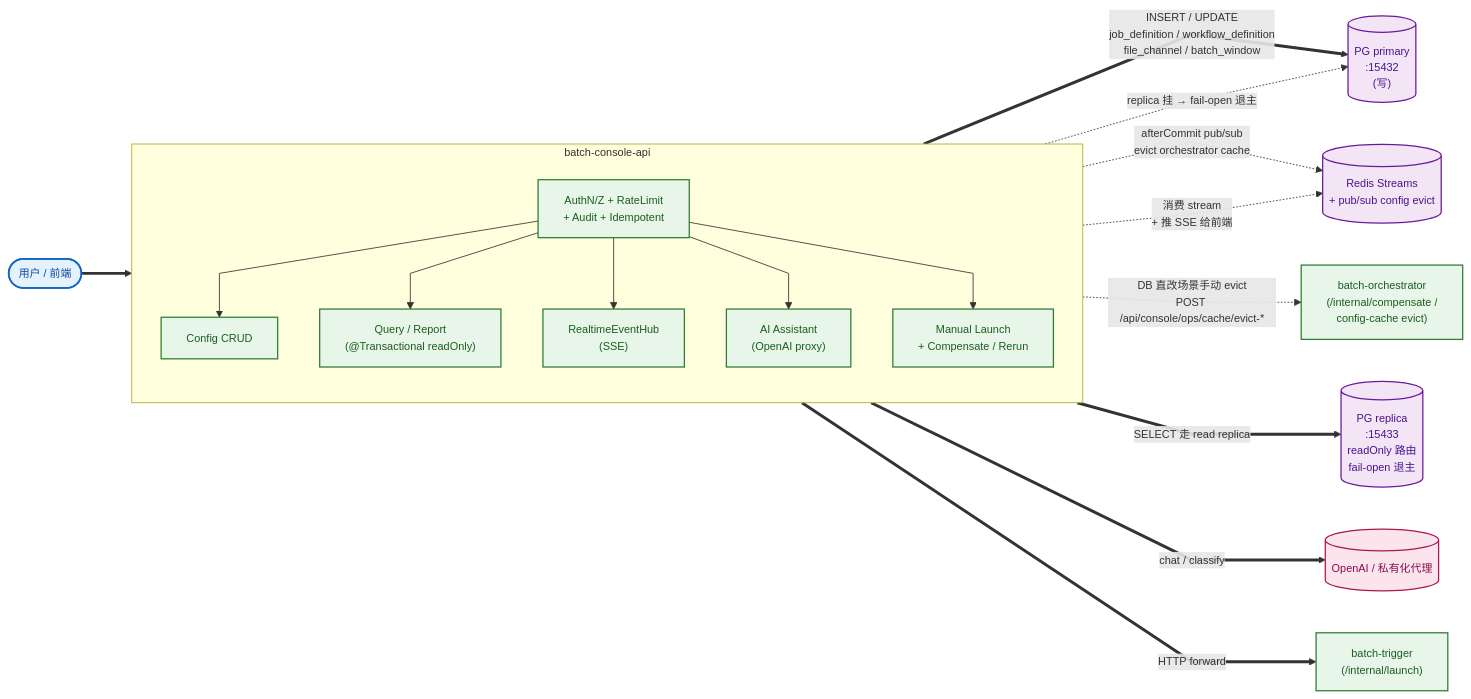
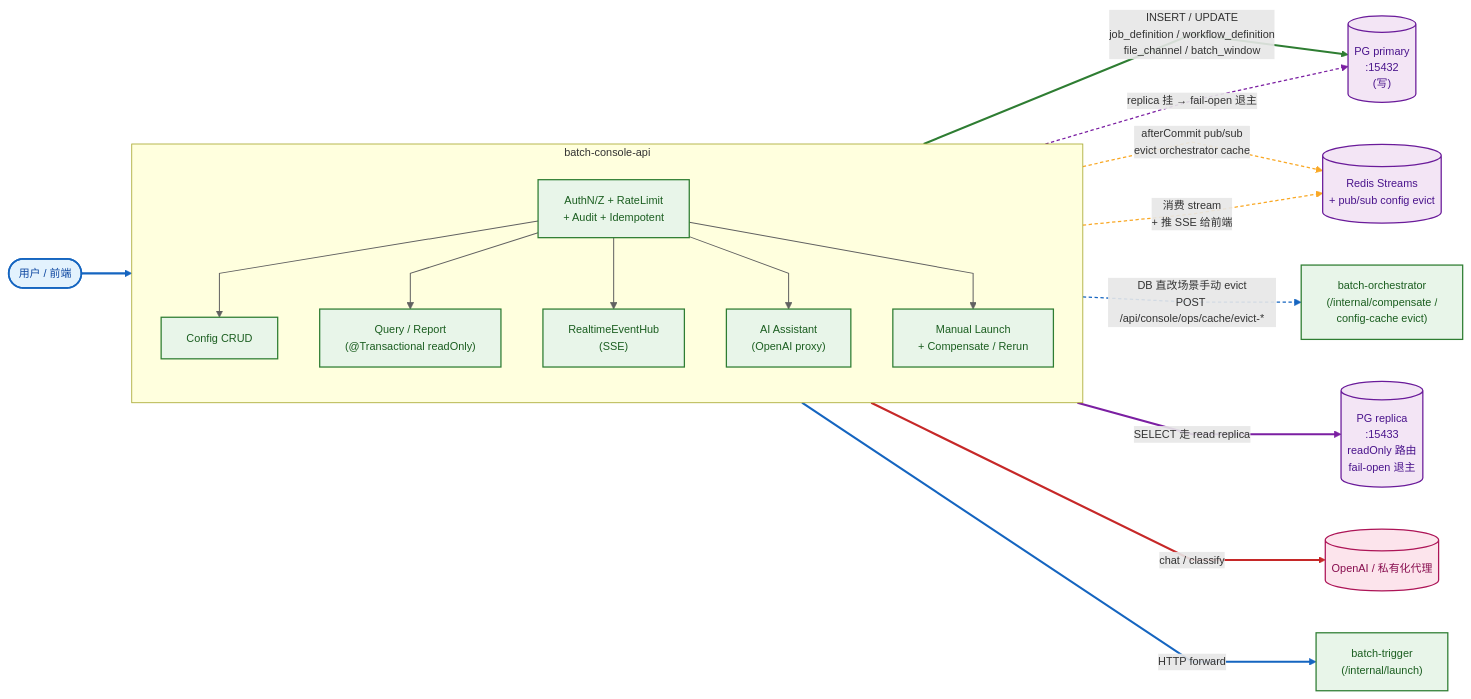
One commit to pinpols/file-batch-system changed the second of 13 diagrams in docs/architecture/system-flow-overview.md. Above: the diagram before and after it, drawn with Mermaid.

Commit message:
docs(arch): §1.5 BFF 子图同样按协议色编码（与主图色板一致）
之前 §1.5 console-api 子图只用 classDef 给节点上色，边没有 linkStyle，
颜色编码不完整。补 14 条边的 linkStyle 跟主图同套色板：

- 0   USER → AUTH         蓝（HTTP 入站）
- 1-5 AUTH → 5 handler    灰细（内部路由）
- 6   CFG → PRIM          绿（JDBC 写）
- 7   CFG → REDIS evict   黄虚（Redis pub/sub 控制）
- 8   CFG → ORCH evict    蓝虚（HTTP 控制信号）
- 9   QRY → REPL          紫（JDBC 读）
- 10  QRY → PRIM 退主     紫虚（降级控制）
- 11  SSE → REDIS         黄虚（Redis Streams）
- 12  AI → OPENAI         红（外部副作用）
- 13  LAUNCH → TRG        蓝（HTTP 同步）

````diff
--- a/docs/architecture/system-flow-overview.md
+++ b/docs/architecture/system-flow-overview.md
@@ -150,43 +150,65 @@
 ```mermaid
 %%{init: {'flowchart': {'curve': 'linear', 'nodeSpacing': 50, 'rankSpacing': 60, 'htmlLabels': true}, 'themeVariables': {'fontSize': '13px'}}}%%
 flowchart LR
   USER([用户 / 前端]):::user
 
   subgraph BFF ["batch-console-api"]
     direction TB
     AUTH["AuthN/Z + RateLimit<br/>+ Audit + Idempotent"]:::svc
     CFG[Config CRUD]:::svc
     QRY["Query / Report<br/>(@Transactional readOnly)"]:::svc
     SSE["RealtimeEventHub<br/>(SSE)"]:::svc
     AI["AI Assistant<br/>(OpenAI proxy)"]:::svc
     LAUNCH["Manual Launch<br/>+ Compensate / Rerun"]:::svc
   end
 
   PRIM[("PG primary<br/>:15432<br/>(写)")]:::store
   REPL[("PG replica<br/>:15433<br/>readOnly 路由<br/>fail-open 退主")]:::store
   REDIS[("Redis Streams<br/>+ pub/sub config evict")]:::store
   TRG["batch-trigger<br/>(/internal/launch)"]:::svc
   ORCH["batch-orchestrator<br/>(/internal/compensate /<br/>config-cache evict)"]:::svc
   OPENAI[(OpenAI / 私有化代理)]:::extern
 
   USER ==> AUTH
   AUTH --> CFG
   AUTH --> QRY
   AUTH --> SSE
   AUTH --> AI
   AUTH --> LAUNCH
 
   CFG    ==>|"INSERT / UPDATE<br/>job_definition / workflow_definition<br/>file_channel / batch_window"| PRIM
   CFG    -.->|"afterCommit pub/sub<br/>evict orchestrator cache"| REDIS
   CFG    -.->|"DB 直改场景手动 evict<br/>POST /api/console/ops/cache/evict-*"| ORCH
   QRY    ==>|"SELECT 走 read replica"| REPL
   QRY    -.->|"replica 挂 → fail-open 退主"| PRIM
   SSE    -.->|"消费 stream<br/>+ 推 SSE 给前端"| REDIS
   AI     ==>|"chat / classify"| OPENAI
   LAUNCH ==>|"HTTP forward"| TRG
 
+  %% ─── 边按协议着色（与主图同套色编码，下标从 0 起） ─────────
+  %%   0     USER → AUTH（蓝 = HTTP 入站）
+  linkStyle 0 stroke:#1565c0,stroke-width:2.5px
+  %%   1..5  AUTH → 5 个 handler（灰细 = 内部路由）
+  linkStyle 1,2,3,4,5 stroke:#616161,stroke-width:1.2px
+  %%   6     CFG → PRIM 写（绿）
+  linkStyle 6 stroke:#2e7d32,stroke-width:2.5px
+  %%   7     CFG → REDIS pub/sub evict（黄虚 = 控制信号）
+  linkStyle 7 stroke:#f9a825,stroke-width:1.5px,stroke-dasharray:4 3
+  %%   8     CFG → ORCH 手动 evict（蓝虚 = HTTP 控制）
+  linkStyle 8 stroke:#1565c0,stroke-width:1.5px,stroke-dasharray:4 3
+  %%   9     QRY → REPL 读（紫）
+  linkStyle 9 stroke:#7b1fa2,stroke-width:2.5px
+  %%   10    QRY → PRIM fail-open 退主（紫虚 = 降级控制）
+  linkStyle 10 stroke:#7b1fa2,stroke-width:1.5px,stroke-dasharray:4 3
+  %%   11    SSE → REDIS Streams（黄虚 = Redis pub/sub）
+  linkStyle 11 stroke:#f9a825,stroke-width:1.5px,stroke-dasharray:4 3
+  %%   12    AI → OpenAI（红 = 外部副作用）
+  linkStyle 12 stroke:#c62828,stroke-width:2.5px
+  %%   13    LAUNCH → TRG（蓝 = HTTP 同步）
+  linkStyle 13 stroke:#1565c0,stroke-width:2.5px
+
   classDef user    fill:#e3f2fd,stroke:#1565c0,stroke-width:2px,color:#0d47a1;
   classDef svc     fill:#e8f5e9,stroke:#2e7d32,stroke-width:1.5px,color:#1b5e20;
   classDef store   fill:#f3e5f5,stroke:#6a1b9a,stroke-width:1.5px,color:#4a148c;
   classDef extern  fill:#fce4ec,stroke:#ad1457,stroke-width:1.5px,color:#880e4f;
 ```
````
